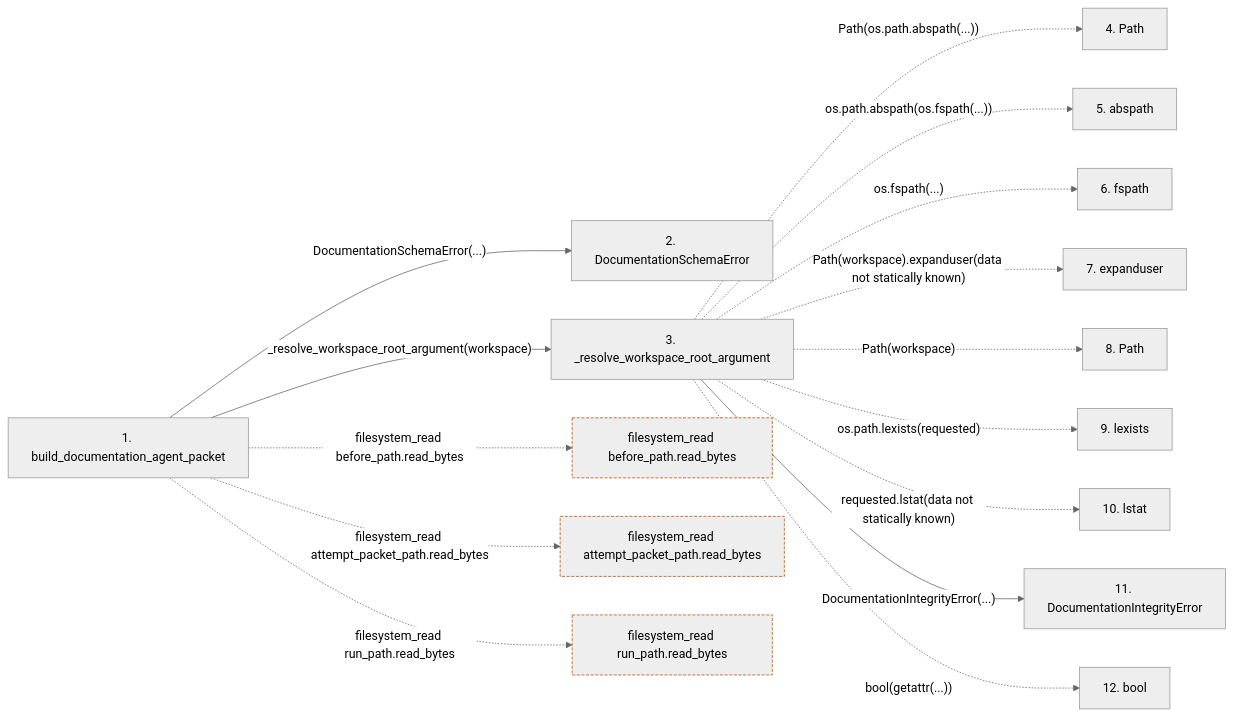
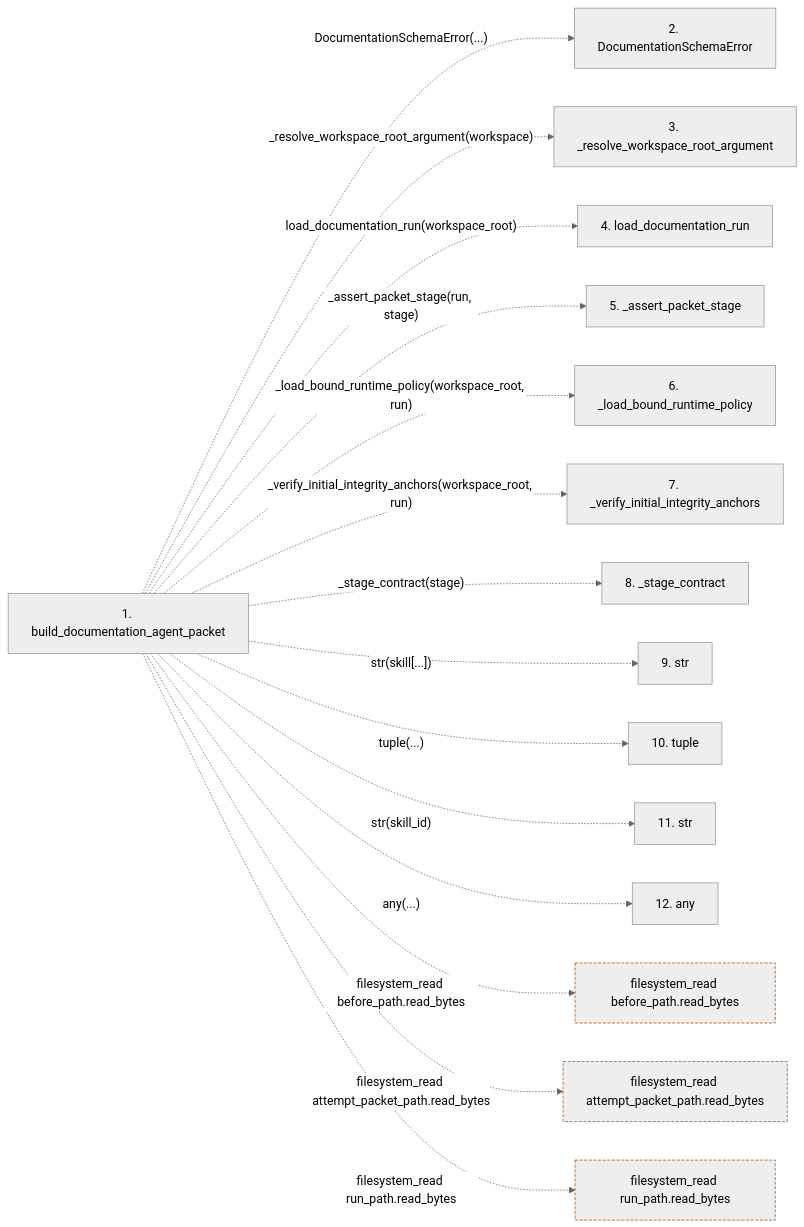
The second of 2 diagrams in docs/llm_wiki/flows/api-build_documentation_agent_packet.md (Denissvgn/python-wiki-llm), drawn with Mermaid (neutral theme) before and after one commit. The commit also changed other lines of this file and 719 other files, not shown here.

````diff
--- a/docs/llm_wiki/flows/api-build_documentation_agent_packet.md
+++ b/docs/llm_wiki/flows/api-build_documentation_agent_packet.md
@@ -82,40 +77,37 @@
 ```mermaid
 flowchart LR
     s1["1. build_documentation_agent_packet"]
     s2["2. DocumentationSchemaError"]
     s3["3. _resolve_workspace_root_argument"]
-    s4["4. Path"]
-    s5["5. abspath"]
-    s6["6. fspath"]
-    s7["7. expanduser"]
-    s8["8. Path"]
-    s9["9. lexists"]
-    s10["10. lstat"]
-    s11["11. DocumentationIntegrityError"]
-    s12["12. bool"]
-    s1 -->|"DocumentationSchemaError(...)"| s2
-    s1 -->|"_resolve_workspace_root_argument(workspace)"| s3
-    s3 -. "Path(os.path.abspath(...))" .-> s4
-    s3 -. "os.path.abspath(os.fspath(...))" .-> s5
-    s3 -. "os.fspath(...)" .-> s6
-    s3 -. "Path(workspace).expanduser(data not statically known)" .-> s7
-    s3 -. "Path(workspace)" .-> s8
-    s3 -. "os.path.lexists(requested)" .-> s9
-    s3 -. "requested.lstat(data not statically known)" .-> s10
-    s3 -->|"DocumentationIntegrityError(...)"| s11
-    s3 -. "bool(getattr(...))" .-> s12
+    s4["4. load_documentation_run"]
+    s5["5. _assert_packet_stage"]
+    s6["6. _load_bound_runtime_policy"]
+    s7["7. _verify_initial_integrity_anchors"]
+    s8["8. _stage_contract"]
+    s9["9. str"]
+    s10["10. tuple"]
+    s11["11. str"]
+    s12["12. any"]
+    s1 -. "DocumentationSchemaError(...)" .-> s2
+    s1 -. "_resolve_workspace_root_argument(workspace)" .-> s3
+    s1 -. "load_documentation_run(workspace_root)" .-> s4
+    s1 -. "_assert_packet_stage(run, stage)" .-> s5
+    s1 -. "_load_bound_runtime_policy(workspace_root, run)" .-> s6
+    s1 -. "_verify_initial_integrity_anchors(workspace_root, run)" .-> s7
+    s1 -. "_stage_contract(stage)" .-> s8
+    s1 -. "str(skill[...])" .-> s9
+    s1 -. "tuple(...)" .-> s10
+    s1 -. "str(skill_id)" .-> s11
+    s1 -. "any(...)" .-> s12
     b0["filesystem_read before_path.read_bytes"]
     s1 -. "filesystem_read before_path.read_bytes" .-> b0
     b1["filesystem_read attempt_packet_path.read_bytes"]
     s1 -. "filesystem_read attempt_packet_path.read_bytes" .-> b1
     b2["filesystem_read run_path.read_bytes"]
     s1 -. "filesystem_read run_path.read_bytes" .-> b2
     click s1 "../modules/packet.md"
-    click s2 "../modules/documentation_run_contracts.md"
-    click s3 "../modules/workspace.md"
-    click s11 "../modules/documentation_run_contracts.md"
     classDef boundary stroke:#b45309,stroke-dasharray: 4 2
     class b0 boundary
     class b1 boundary
     class b2 boundary
 ```
````
